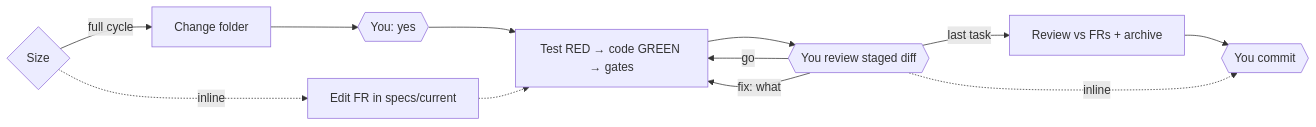
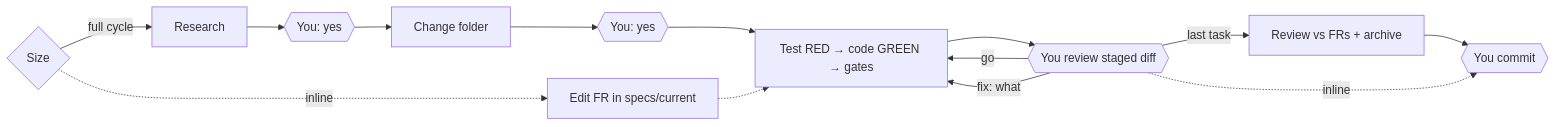
Before and after one commit to stevenhdz/spec-driven-development: the diagram in README.md, drawn with Mermaid. The commit also changed other lines of this file and 4 other files, not shown here.

````diff
--- a/README.md
+++ b/README.md
@@ -52,9 +52,9 @@
 ```mermaid
 flowchart LR
-    C{Size} -->|full cycle| S[Change folder] --> A{{You: yes}} --> I[Test RED → code GREEN → gates] --> D{{You review staged diff}}
+    C{Size} -->|full cycle| RS[Research] --> RA{{You: yes}} --> S[Change folder] --> A{{You: yes}} --> I[Test RED → code GREEN → gates] --> D{{You review staged diff}}
     D -->|go| I
     D -->|fix: what| I
     D -->|last task| R[Review vs FRs + archive] --> K{{You commit}}
     C -. inline .-> E[Edit FR in specs/current] -.-> I
     D -. inline .-> K
 ```
````
